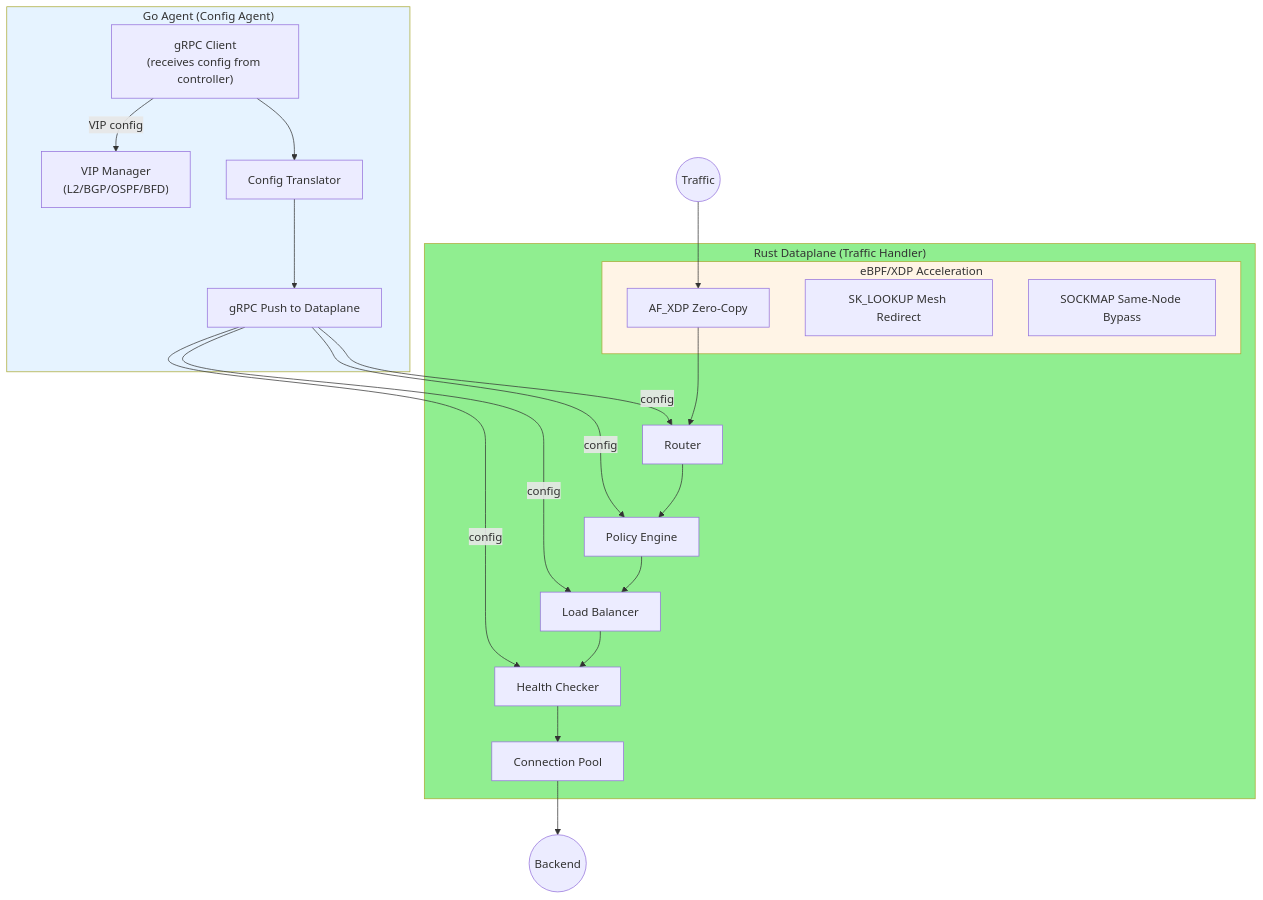
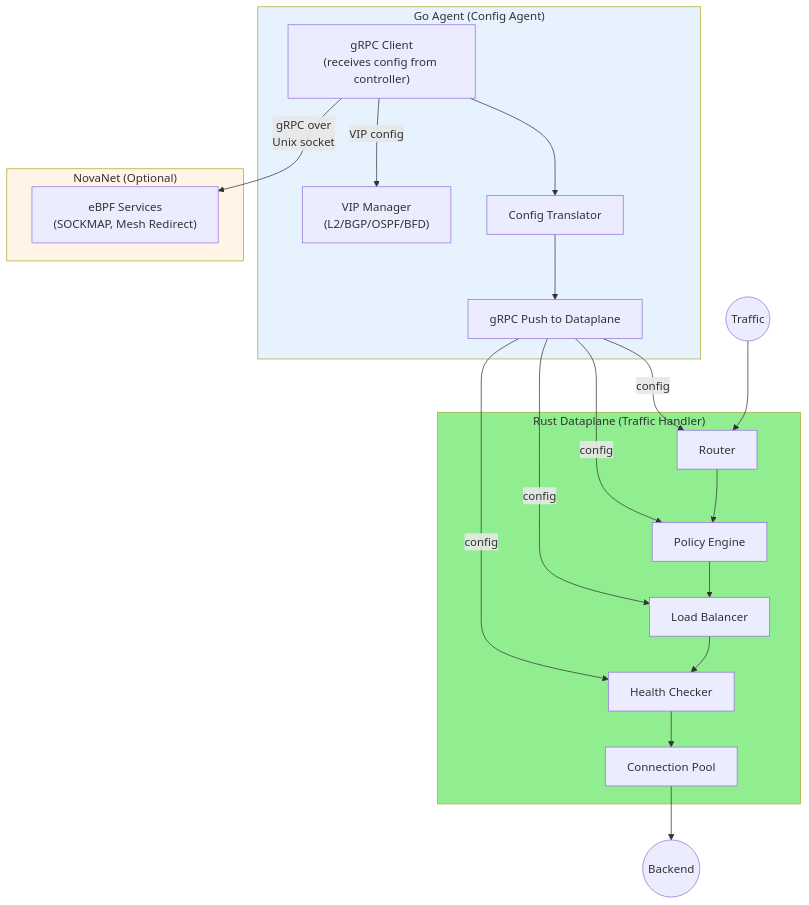
One commit to azrtydxb/novaedge changed the sixth of 9 diagrams in docs/architecture/overview.md. Above: the diagram before and after it, drawn with Mermaid. The commit also changed other lines of this file and 8 other files, not shown here.

First line of the commit message:
docs: update for eBPF removal and NovaNet integration

````diff
--- a/docs/architecture/overview.md
+++ b/docs/architecture/overview.md
@@ -180,40 +180,38 @@
 ```mermaid
 flowchart TB
     subgraph GoAgent["Go Agent (Config Agent)"]
         GC["gRPC Client<br/>(receives config from controller)"]
         VIP["VIP Manager<br/>(L2/BGP/OSPF/BFD)"]
         TRANSLATOR["Config Translator"]
         GRPC_PUSH["gRPC Push to Dataplane"]
     end
 
     subgraph RustDP["Rust Dataplane (Traffic Handler)"]
         RT["Router"]
         LB["Load Balancer"]
         HC["Health Checker"]
         POL["Policy Engine"]
         POOL["Connection Pool"]
+    end
 
-        subgraph eBPF["eBPF/XDP Acceleration"]
-            AFXDP["AF_XDP Zero-Copy"]
-            SKLOOKUP["SK_LOOKUP Mesh Redirect"]
-            SOCKMAP["SOCKMAP Same-Node Bypass"]
-        end
+    subgraph NovaNet["NovaNet (Optional)"]
+        EBPF_SVC["eBPF Services<br/>(SOCKMAP, Mesh Redirect)"]
     end
 
     GC --> TRANSLATOR
     TRANSLATOR --> GRPC_PUSH
     GRPC_PUSH -->|"config"| RT & LB & POL & HC
     GC -->|"VIP config"| VIP
+    GC -->|"gRPC over<br/>Unix socket"| EBPF_SVC
 
-    Traffic((Traffic)) --> AFXDP
-    AFXDP --> RT
+    Traffic((Traffic)) --> RT
     RT --> POL
     POL --> LB
     LB --> HC
     HC --> POOL
     POOL --> Backend((Backend))
 
-    style eBPF fill:#fff4e6
+    style NovaNet fill:#fff4e6
     style GoAgent fill:#e6f3ff
     style RustDP fill:#90EE90
 ```
````
